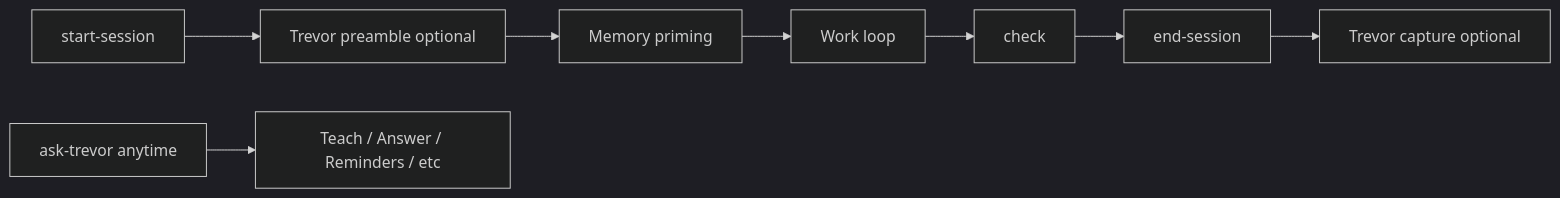
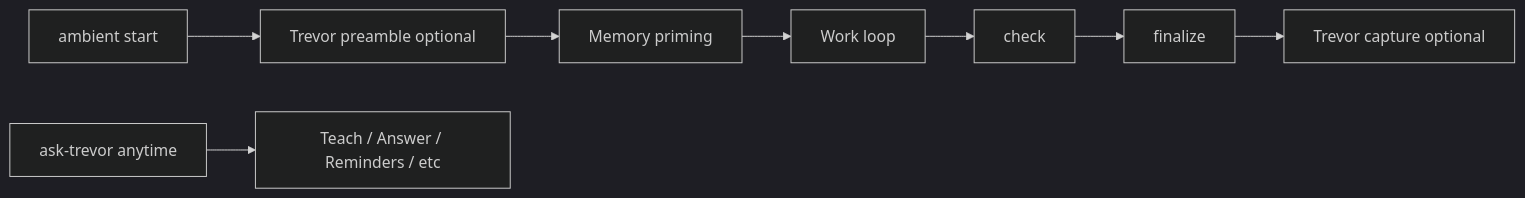
One commit to renatoxm/leanagentkit changed the second of 2 diagrams in docs/trevor.md. Above: the diagram before and after it, drawn with Mermaid (dark theme). The commit also changed other lines of this file and 134 other files, not shown here.

````diff
--- a/docs/trevor.md
+++ b/docs/trevor.md
@@ -196,10 +198,10 @@
 ```mermaid
 flowchart LR
-  startSession[start-session] --> trevorPreamble[Trevor preamble optional]
+  ambientStart[ambient start] --> trevorPreamble[Trevor preamble optional]
   trevorPreamble --> priming[Memory priming]
   priming --> work[Work loop]
   work --> check[check]
-  check --> endSession[end-session]
-  endSession --> trevorCapture[Trevor capture optional]
+  check --> finalize[finalize]
+  finalize --> trevorCapture[Trevor capture optional]
   askTrevor[ask-trevor anytime] --> teach[Teach / Answer / Reminders / etc]
 ```
````
